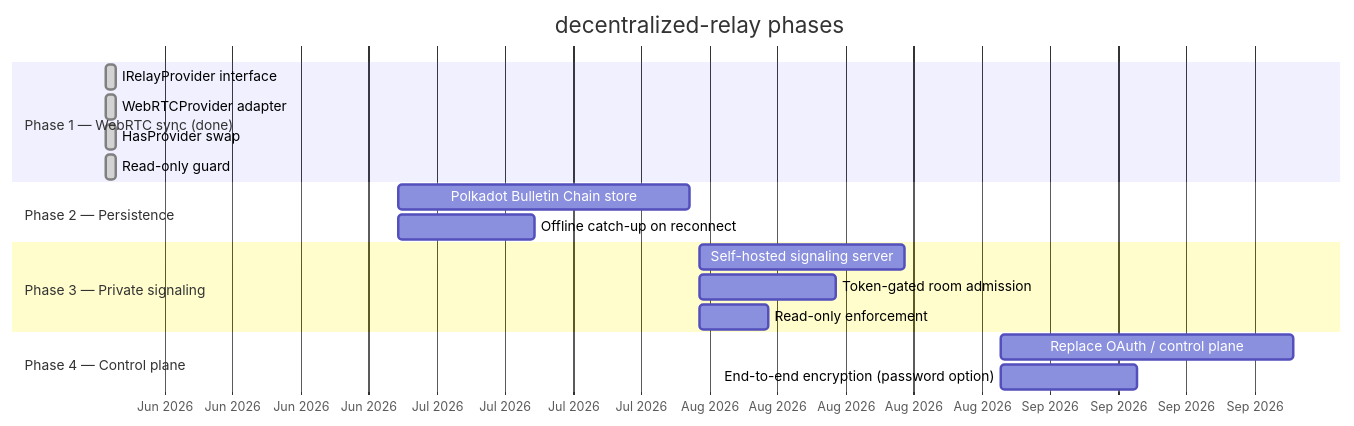
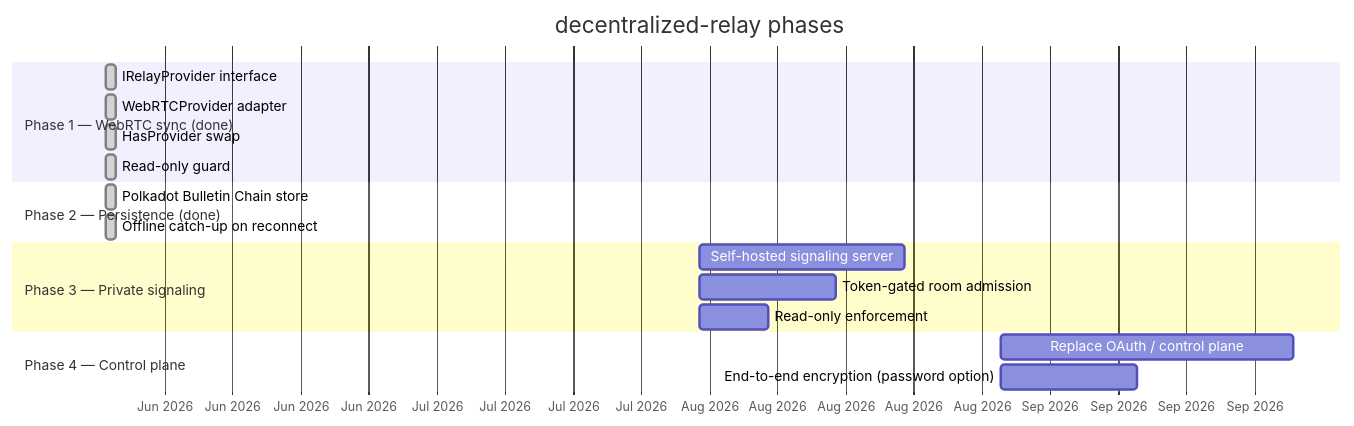
The fourth of 4 diagrams in README.md (luzanikita/decentralized-relay), drawn with Mermaid before and after one commit. The commit also changed other lines of this file, not shown here.

Commit message:
docs: document Bulletin Chain persistence feature in README

````diff
--- a/README.md
+++ b/README.md
@@ -131,25 +150,25 @@
 ```mermaid
 gantt
     title decentralized-relay phases
     dateFormat YYYY-MM
     axisFormat %b %Y
 
     section Phase 1 — WebRTC sync (done)
     IRelayProvider interface       :done, 2026-06, 1d
     WebRTCProvider adapter         :done, 2026-06, 1d
     HasProvider swap               :done, 2026-06, 1d
     Read-only guard                :done, 2026-06, 1d
 
-    section Phase 2 — Persistence
-    Polkadot Bulletin Chain store  :2026-07, 30d
-    Offline catch-up on reconnect  :2026-07, 14d
+    section Phase 2 — Persistence (done)
+    Polkadot Bulletin Chain store  :done, 2026-06, 1d
+    Offline catch-up on reconnect  :done, 2026-06, 1d
 
     section Phase 3 — Private signaling
     Self-hosted signaling server   :2026-08, 21d
     Token-gated room admission     :2026-08, 14d
     Read-only enforcement          :2026-08, 7d
 
     section Phase 4 — Control plane
     Replace OAuth / control plane  :2026-09, 30d
     End-to-end encryption (password option) :2026-09, 14d
 ```
````
